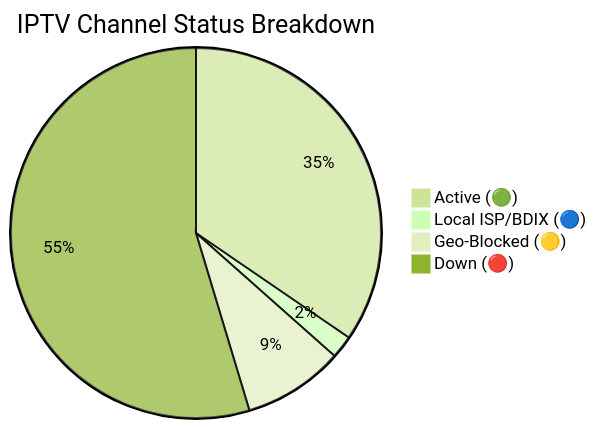
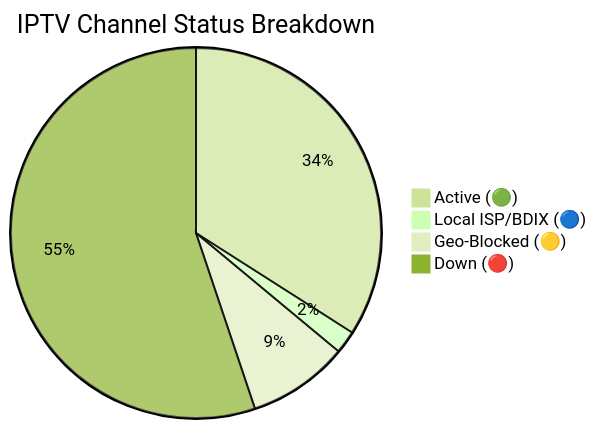
Before and after one commit to andreataylord/Ip-tv-Collection: the diagram in README.md, drawn with Mermaid (forest theme). The commit also changed other lines of this file and 1 other file, not shown here.

Commit message:
docs(readme): auto-update daily channel status chart

````diff
--- a/README.md
+++ b/README.md
@@ -59,7 +59,7 @@
 ```mermaid
 pie title IPTV Channel Status Breakdown
-    "Active (🟢)" : 2215
+    "Active (🟢)" : 2182
     "Local ISP/BDIX (🔵)" : 128
-    "Geo-Blocked (🟡)" : 564
-    "Down (🔴)" : 3504
+    "Geo-Blocked (🟡)" : 565
+    "Down (🔴)" : 3536
 ```
````
